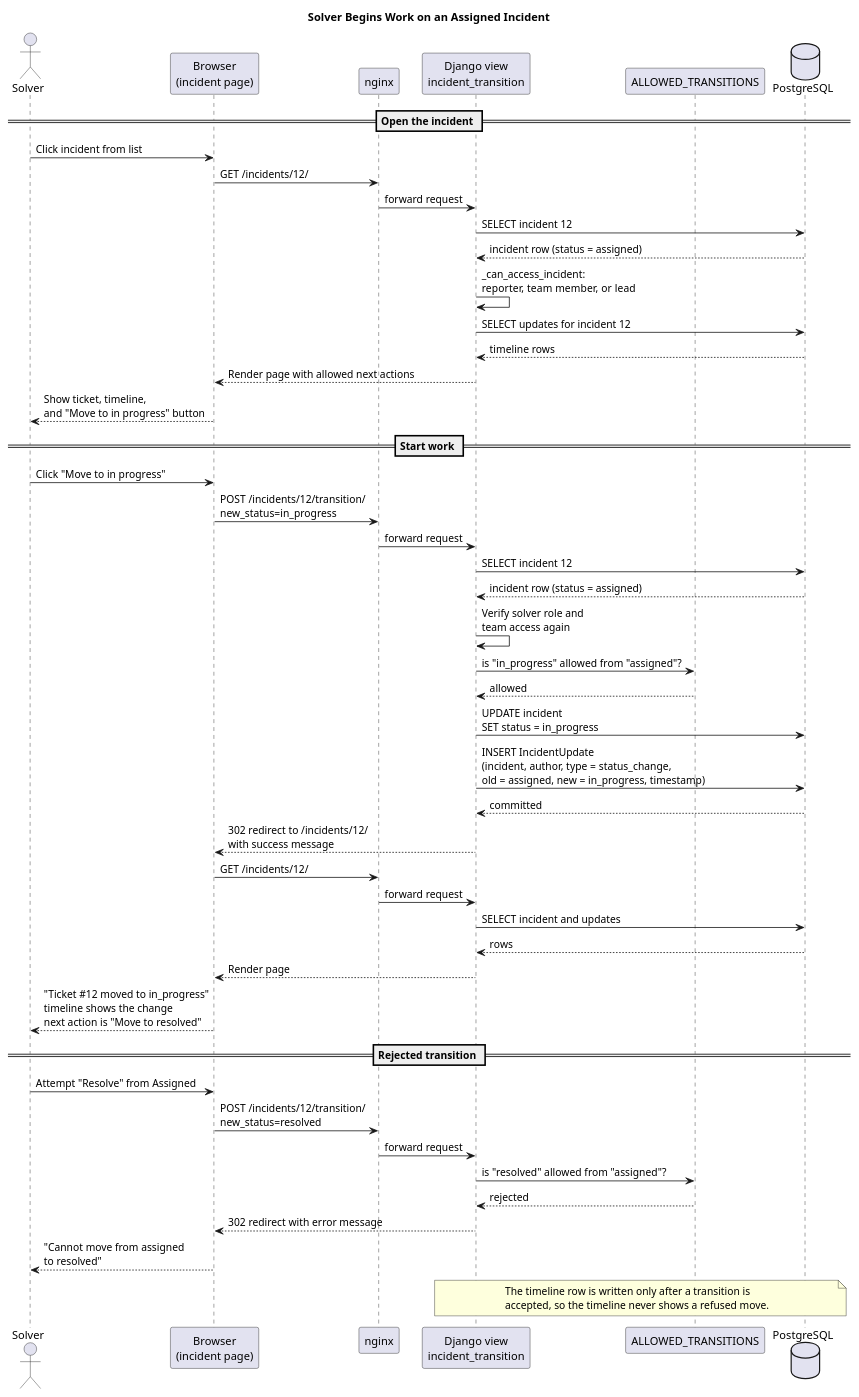
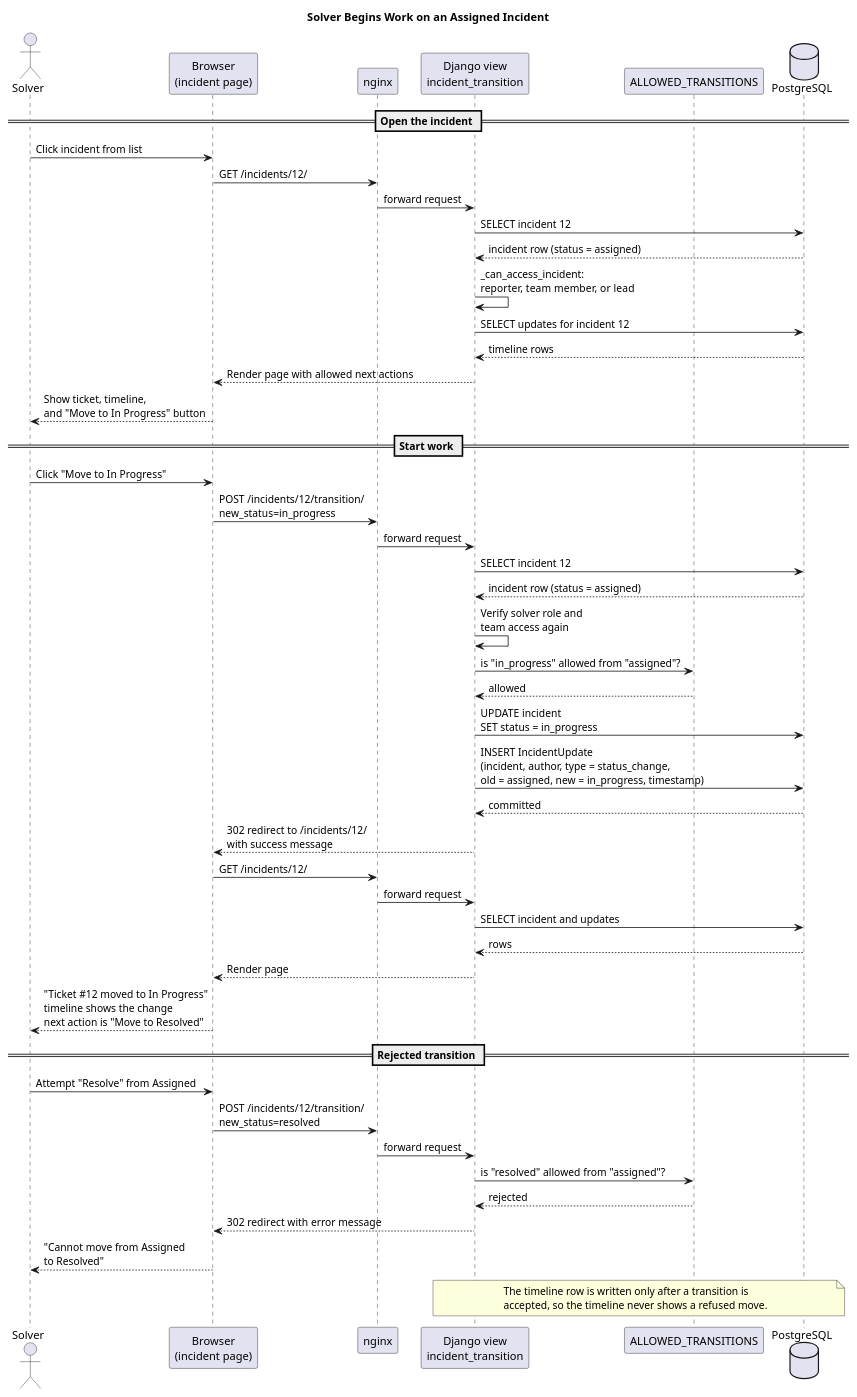
Before and after one commit to ZiedRbd/COSC-3339-Fall-2026-Term-Project: the diagram in docs/solver-sequence.puml, drawn with PlantUML. The commit also changed 6 other files, not shown here.

Commit message:
Bring the README, ER diagram, deploy and technology docs in line with the code; status labels in transition messages

```diff
--- a/docs/solver-sequence.puml
+++ b/docs/solver-sequence.puml
@@ -1,56 +1,56 @@
 @startuml
 title Solver Begins Work on an Assigned Incident
 
 actor Solver
 participant "Browser\n(incident page)" as Browser
 participant "nginx" as Nginx
 participant "Django view\nincident_transition" as View
 participant "ALLOWED_TRANSITIONS" as Rules
 database "PostgreSQL" as DB
 
 == Open the incident ==
 Solver -> Browser : Click incident from list
 Browser -> Nginx : GET /incidents/12/
 Nginx -> View : forward request
 View -> DB : SELECT incident 12
 DB --> View : incident row (status = assigned)
 View -> View : _can_access_incident:\nreporter, team member, or lead
 View -> DB : SELECT updates for incident 12
 DB --> View : timeline rows
 View --> Browser : Render page with allowed next actions
-Browser --> Solver : Show ticket, timeline,\nand "Move to in progress" button
+Browser --> Solver : Show ticket, timeline,\nand "Move to In Progress" button
 
 == Start work ==
-Solver -> Browser : Click "Move to in progress"
+Solver -> Browser : Click "Move to In Progress"
 Browser -> Nginx : POST /incidents/12/transition/\nnew_status=in_progress
 Nginx -> View : forward request
 View -> DB : SELECT incident 12
 DB --> View : incident row (status = assigned)
 View -> View : Verify solver role and\nteam access again
 View -> Rules : is "in_progress" allowed from "assigned"?
 Rules --> View : allowed
 View -> DB : UPDATE incident\nSET status = in_progress
 View -> DB : INSERT IncidentUpdate\n(incident, author, type = status_change,\nold = assigned, new = in_progress, timestamp)
 DB --> View : committed
 View --> Browser : 302 redirect to /incidents/12/\nwith success message
 Browser -> Nginx : GET /incidents/12/
 Nginx -> View : forward request
 View -> DB : SELECT incident and updates
 DB --> View : rows
 View --> Browser : Render page
-Browser --> Solver : "Ticket #12 moved to in_progress"\ntimeline shows the change\nnext action is "Move to resolved"
+Browser --> Solver : "Ticket #12 moved to In Progress"\ntimeline shows the change\nnext action is "Move to Resolved"
 
 == Rejected transition ==
 Solver -> Browser : Attempt "Resolve" from Assigned
 Browser -> Nginx : POST /incidents/12/transition/\nnew_status=resolved
 Nginx -> View : forward request
 View -> Rules : is "resolved" allowed from "assigned"?
 Rules --> View : rejected
 View --> Browser : 302 redirect with error message
-Browser --> Solver : "Cannot move from assigned\nto resolved"
+Browser --> Solver : "Cannot move from Assigned\nto Resolved"
 
 note over View, DB
   The timeline row is written only after a transition is
   accepted, so the timeline never shows a refused move.
 end note
 @enduml
```
